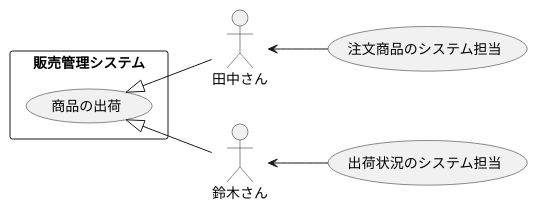
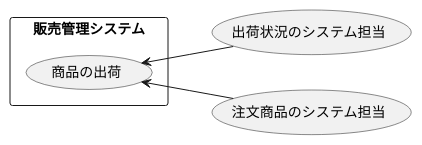
Before and after one commit to Tanifuji94/uml-introduction: the diagram in 演習2-5_盛岡商事_販売管理システム.pu, drawn with PlantUML.

Commit message:
演習2‐5

```diff
--- a/演習2-5_盛岡商事_販売管理システム.pu
+++ b/演習2-5_盛岡商事_販売管理システム.pu
@@ -1,16 +1,12 @@
 @startuml 演習2―5
 left to right direction
-actor 田中さん
-actor 鈴木さん
 usecase 出荷状況のシステム担当
 usecase 注文商品のシステム担当
 
 rectangle 販売管理システム{
     usecase 商品の出荷    
 }
-商品の出荷 <|-- 田中さん 
-商品の出荷 <|-- 鈴木さん
-田中さん <-- 注文商品のシステム担当
-鈴木さん <-- 出荷状況のシステム担当
+商品の出荷 <-- 注文商品のシステム担当
+商品の出荷 <-- 出荷状況のシステム担当
     
 @enduml
```
